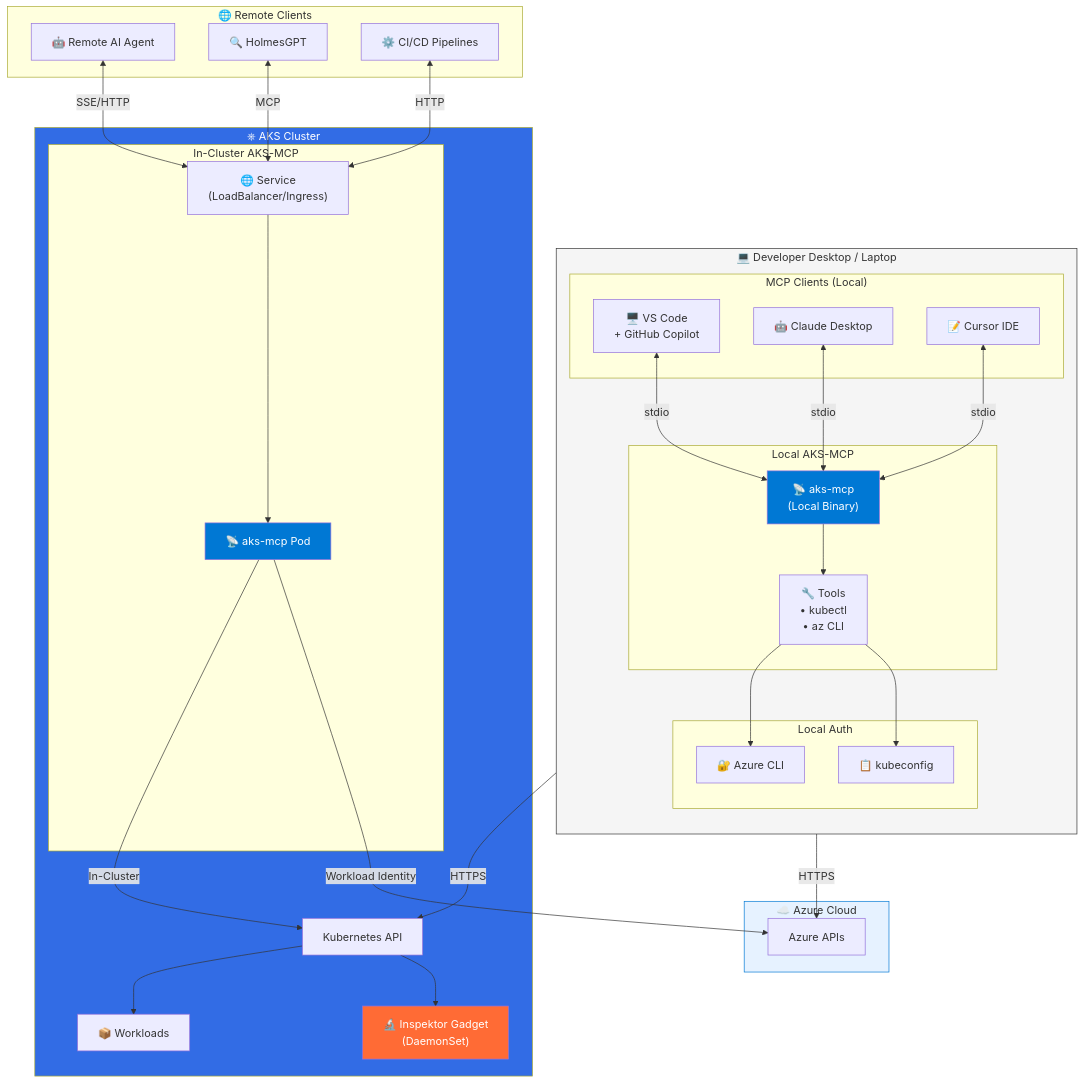
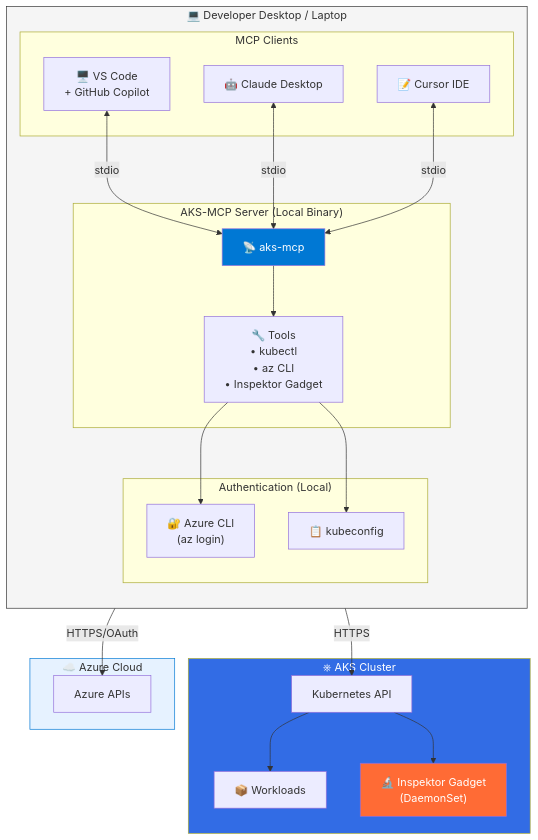
The fifth of 14 diagrams in platform-agentic-ai-enhanced.md (srinman/platform-engineering), drawn with Mermaid before and after one commit. The commit also changed other lines of this file, not shown here.

````diff
--- a/platform-agentic-ai-enhanced.md
+++ b/platform-agentic-ai-enhanced.md
@@ -199,68 +267,48 @@
 ```mermaid
 flowchart TB
     subgraph DESKTOP["💻 Developer Desktop / Laptop"]
         direction TB
-        subgraph "MCP Clients (Local)"
+        subgraph "MCP Clients"
             VSCODE["🖥️ VS Code<br/>+ GitHub Copilot"]
             CLAUDE["🤖 Claude Desktop"]
             CURSOR["📝 Cursor IDE"]
         end
         
-        subgraph "Local AKS-MCP"
-            LOCAL_MCP["📡 aks-mcp<br/>(Local Binary)"]
-            LOCAL_TOOLS["🔧 Tools<br/>• kubectl<br/>• az CLI"]
+        subgraph "AKS-MCP Server (Local Binary)"
+            LOCAL_MCP["📡 aks-mcp"]
+            LOCAL_TOOLS["🔧 Tools<br/>• kubectl<br/>• az CLI<br/>• Inspektor Gadget"]
         end
         
-        subgraph "Local Auth"
-            AZ_AUTH["🔐 Azure CLI"]
+        subgraph "Authentication (Local)"
+            AZ_AUTH["🔐 Azure CLI<br/>(az login)"]
             KUBECONFIG["📋 kubeconfig"]
         end
     end
     
-    subgraph REMOTE["🌐 Remote Clients"]
-        REMOTE_AGENT["🤖 Remote AI Agent"]
-        HOLMES["🔍 HolmesGPT"]
-        AUTOMATION["⚙️ CI/CD Pipelines"]
-    end
-    
     subgraph CLUSTER["⎈ AKS Cluster"]
-        subgraph "In-Cluster AKS-MCP"
-            REMOTE_MCP["📡 aks-mcp Pod"]
-            REMOTE_SVC["🌐 Service<br/>(LoadBalancer/Ingress)"]
-        end
-        
         K8S_API["Kubernetes API"]
         WORKLOADS["📦 Workloads"]
         GADGET["🔬 Inspektor Gadget<br/>(DaemonSet)"]
     end
     
     subgraph AZURE["☁️ Azure Cloud"]
         ARM["Azure APIs"]
     end
     
     VSCODE <-->|"stdio"| LOCAL_MCP
     CLAUDE <-->|"stdio"| LOCAL_MCP
     CURSOR <-->|"stdio"| LOCAL_MCP
     LOCAL_MCP --> LOCAL_TOOLS
     LOCAL_TOOLS --> AZ_AUTH
     LOCAL_TOOLS --> KUBECONFIG
-    AZ_AUTH -->|"HTTPS"| ARM
+    AZ_AUTH -->|"HTTPS/OAuth"| ARM
     KUBECONFIG -->|"HTTPS"| K8S_API
-    
-    REMOTE_AGENT <-->|"SSE/HTTP"| REMOTE_SVC
-    HOLMES <-->|"MCP"| REMOTE_SVC
-    AUTOMATION <-->|"HTTP"| REMOTE_SVC
-    REMOTE_SVC --> REMOTE_MCP
-    REMOTE_MCP -->|"In-Cluster"| K8S_API
-    REMOTE_MCP -->|"Workload Identity"| ARM
-    
     K8S_API --> WORKLOADS
     K8S_API --> GADGET
     
     style DESKTOP fill:#f5f5f5,stroke:#333
     style CLUSTER fill:#326CE5,color:white
     style AZURE fill:#e6f2ff,stroke:#0078D4
     style LOCAL_MCP fill:#0078D4,color:white
-    style REMOTE_MCP fill:#0078D4,color:white
     style GADGET fill:#FF6B35,color:white
 ```
````
